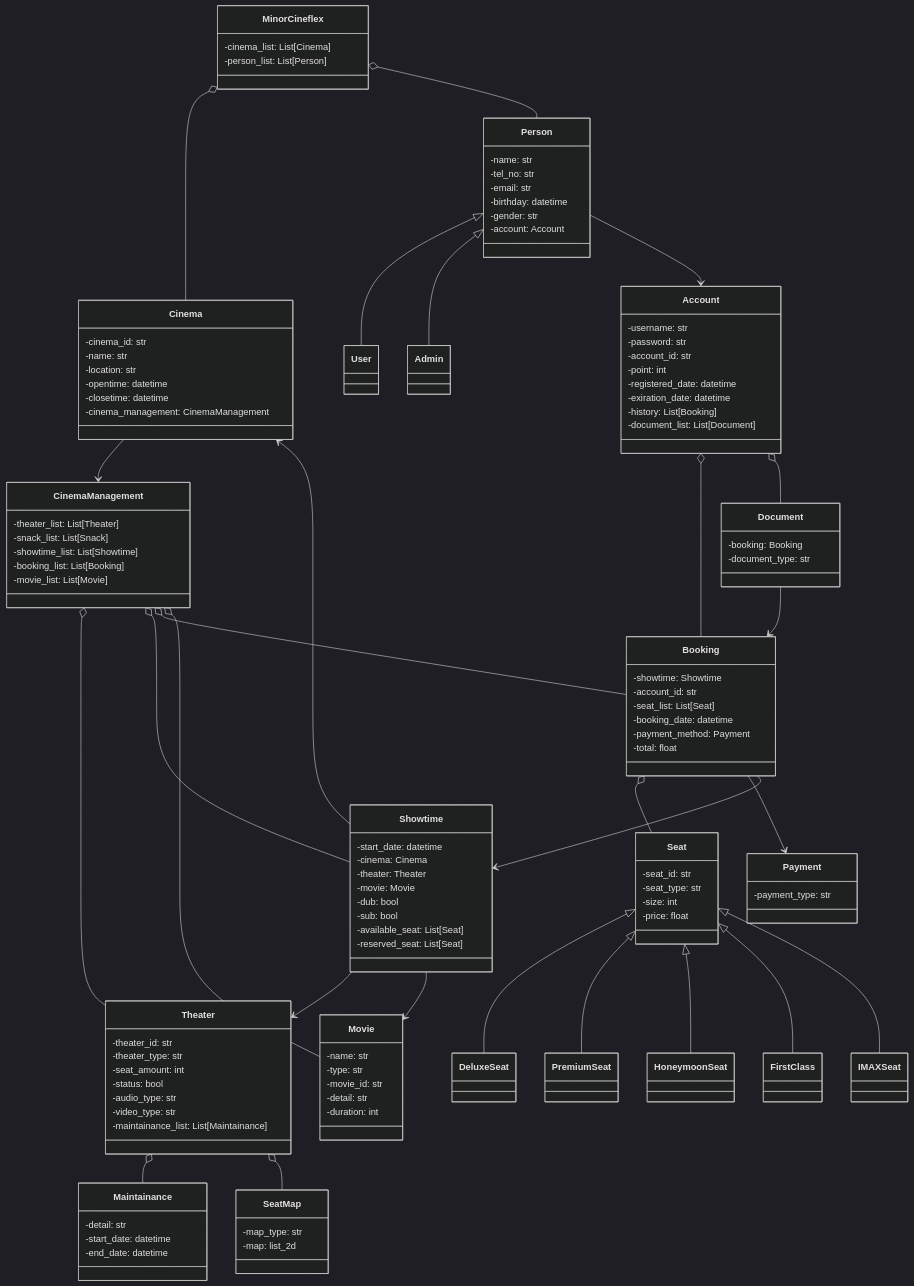
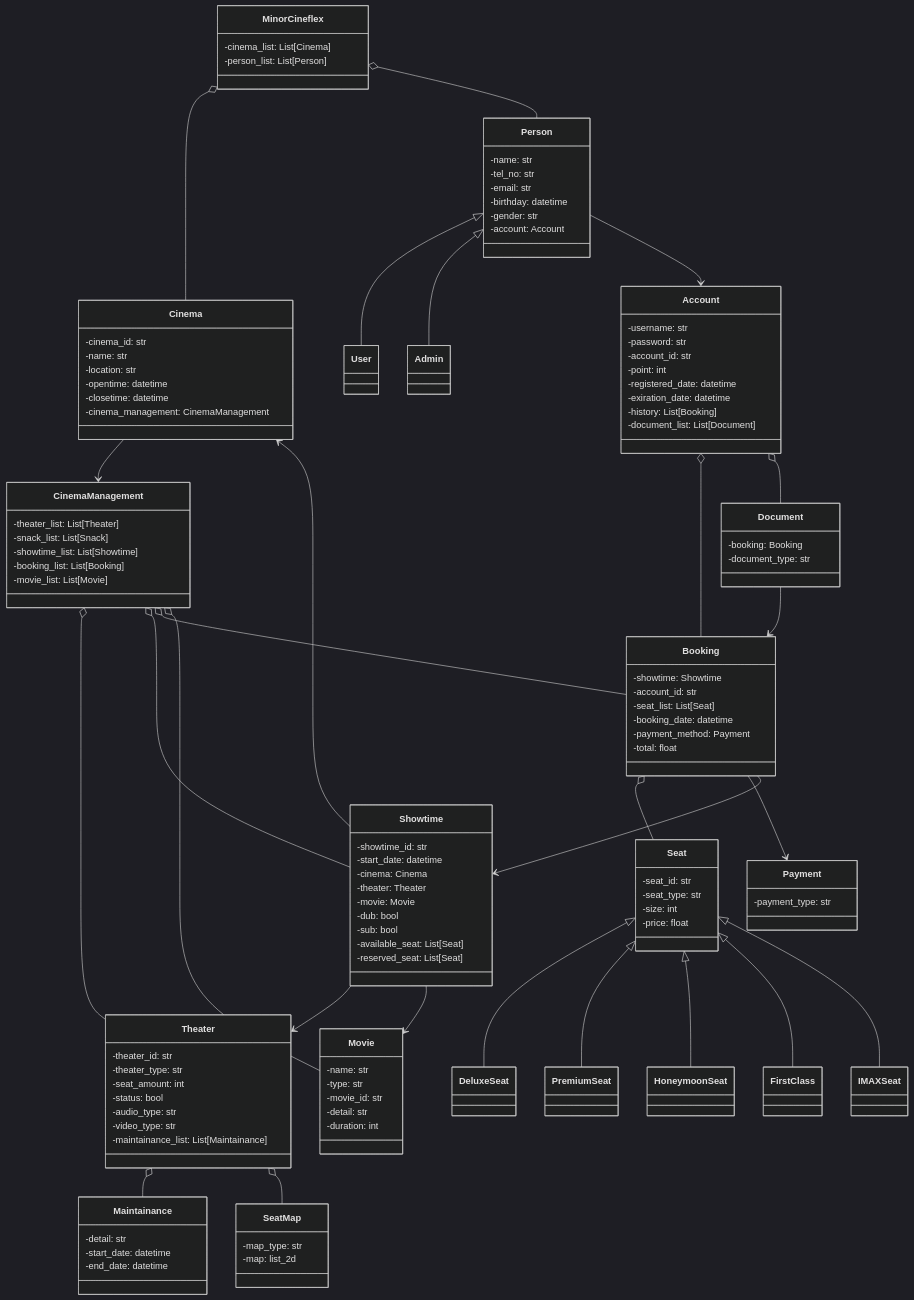
The diagram in ClassDiagram/MinorCineflex.mmd (Minor-Cineflex/Minor-Cineflex-Back-End), drawn with Mermaid (dark theme) before and after one commit.

Commit message:
Update MinorCineflex.mmd/showtime_id

```diff
--- a/ClassDiagram/MinorCineflex.mmd
+++ b/ClassDiagram/MinorCineflex.mmd
@@ -1,156 +1,157 @@
 classDiagram
 
 MinorCineflex o-- Cinema
 MinorCineflex o-- Person
 class MinorCineflex{
         -cinema_list: List[Cinema]
         -person_list: List[Person]
     }
 
 Cinema --> CinemaManagement
 class Cinema {
         -cinema_id: str
         -name: str
         -location: str
         -opentime: datetime
         -closetime: datetime
         -cinema_management: CinemaManagement
     }
 
 CinemaManagement o-- Theater
 CinemaManagement o-- Showtime
 CinemaManagement o-- Booking
 CinemaManagement o-- Movie
 class CinemaManagement{
         -theater_list: List[Theater]
         -snack_list: List[Snack]
         -showtime_list: List[Showtime]
         -booking_list: List[Booking]
         -movie_list: List[Movie]
     }
 
 Person <|-- User
 Person <|-- Admin
 Person --> Account
 class Person {
         -name: str
         -tel_no: str
         -email: str
         -birthday: datetime
         -gender: str
         -account: Account
     }
 class User {
 
     }
 class Admin {
 
     }
 
 Account o-- Booking
 Account o-- Document
 class Account {
         -username: str
         -password: str
         -account_id: str
         -point: int
         -registered_date: datetime
         -exiration_date: datetime
         -history: List[Booking]
         -document_list: List[Document]
     }   
 
 class Movie {
         -name: str
         -type: str
         -movie_id: str
         -detail: str
         -duration: int
     }
 
 Theater o-- Maintainance
 Theater o-- SeatMap
 class Theater {
         -theater_id: str
         -theater_type: str
         -seat_amount: int
         -status: bool
         -audio_type: str
         -video_type: str
         -maintainance_list: List[Maintainance]
     }
 
 Showtime --> Cinema
 Showtime --> Theater
 Showtime --> Movie
 class Showtime {
+        -showtime_id: str
         -start_date: datetime
         -cinema: Cinema
         -theater: Theater
         -movie: Movie
         -dub: bool
         -sub: bool
         -available_seat: List[Seat]
         -reserved_seat: List[Seat]
     }
 
 class Payment {
         -payment_type: str
     }
 
 class SeatMap {
         -map_type: str
         -map: list_2d
     }
 
 Seat <|-- DeluxeSeat
 Seat <|-- PremiumSeat
 Seat <|-- HoneymoonSeat
 Seat <|-- FirstClass
 Seat <|-- IMAXSeat
 class Seat {
         -seat_id: str
         -seat_type: str
         -size: int
         -price: float
     }
 class DeluxeSeat {
 
     }
 class PremiumSeat {
 
     }
 class HoneymoonSeat {
 
     }
 class FirstClass {
 
     }
 class IMAXSeat {
 
     }
 
 
 class Maintainance {
         -detail: str
         -start_date: datetime
         -end_date: datetime
     }
 
 Booking o-- Seat
 Booking --> Payment
 Booking --> Showtime
 class Booking {
         -showtime: Showtime
         -account_id: str
         -seat_list: List[Seat]
         -booking_date: datetime
         -payment_method: Payment
         -total: float
     } 
 
 Document --> Booking
 class Document {
         -booking: Booking
         -document_type: str
     }
```
